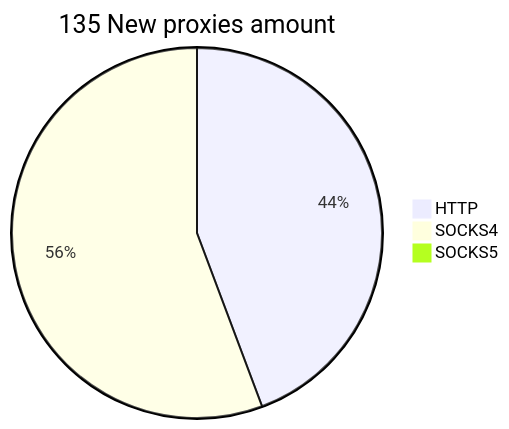
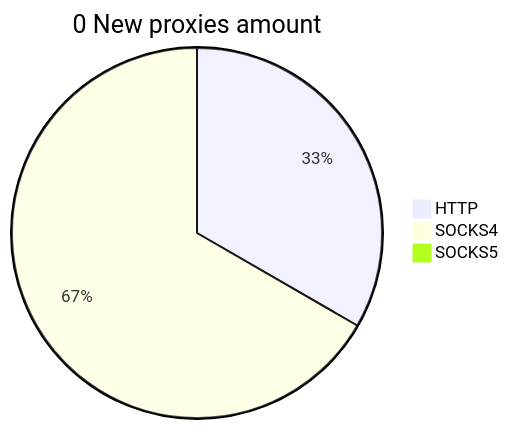
Before and after one commit to cutipu/proxylist: the second of 2 diagrams in README.md, drawn with Mermaid. The commit also changed other lines of this file, not shown here.

````diff
--- a/README.md
+++ b/README.md
@@ -10,6 +10,6 @@
 ```mermaid
-pie title 135 New proxies amount
-    "HTTP" : 62
-    "SOCKS4" : 78
+pie title 0 New proxies amount
+    "HTTP" : 1
+    "SOCKS4" : 2
     "SOCKS5" : 0
 ```
````
